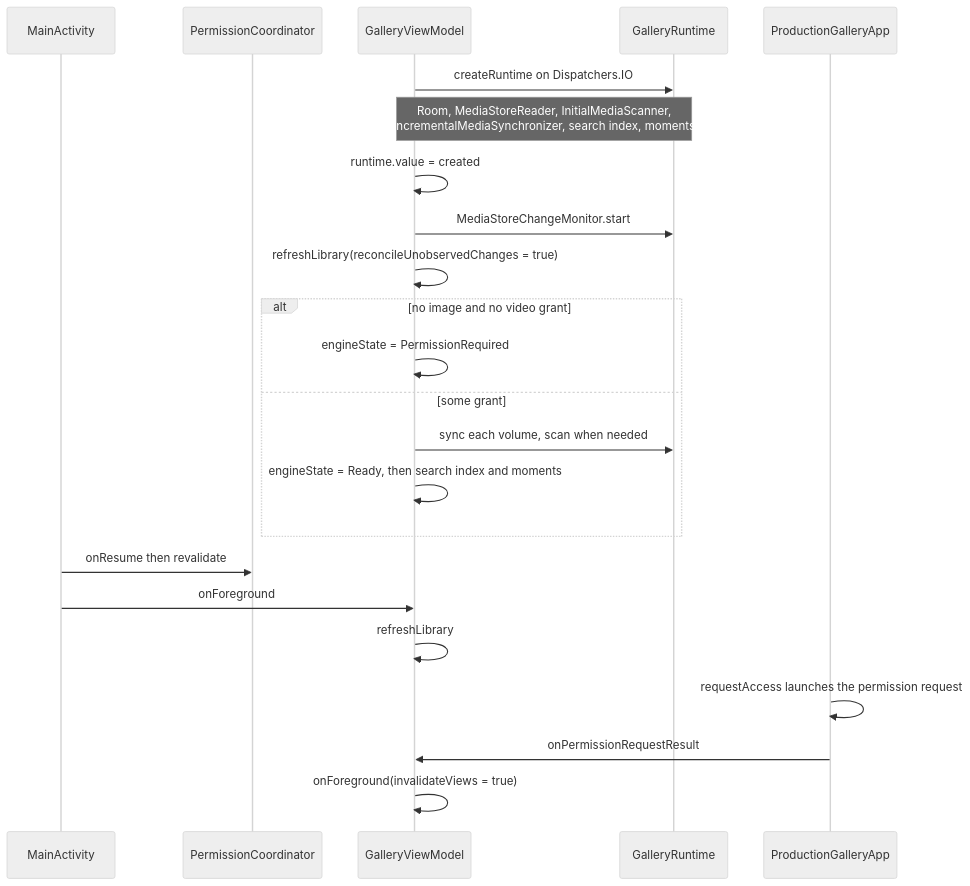
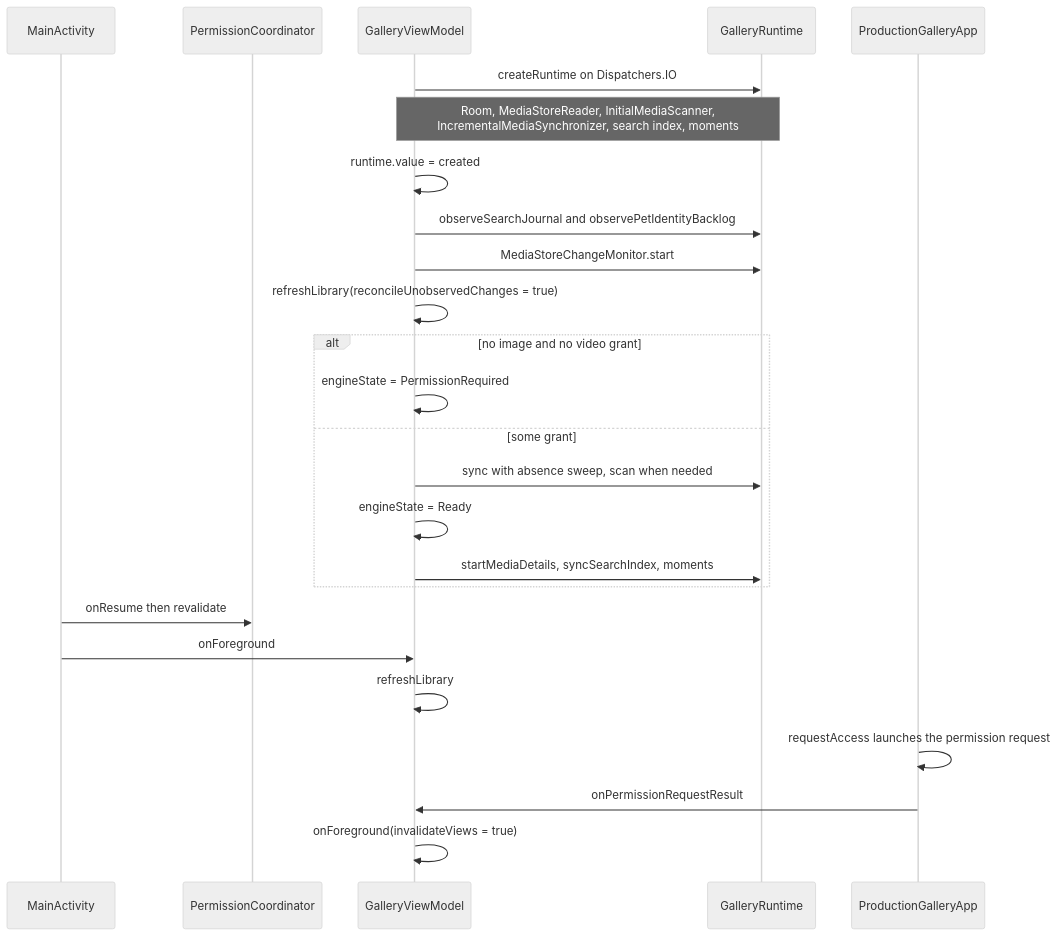
One commit to LibreStatic/lightforge changed the third of 3 diagrams in docs/flows/app-startup.md. Above: the diagram before and after it, drawn with Mermaid (neutral theme). The commit also changed other lines of this file and 20 other files, not shown here.

First line of the commit message:
docs(adr): amend ADRs to match the code and refresh sync flows

````diff
--- a/docs/flows/app-startup.md
+++ b/docs/flows/app-startup.md
@@ -80,25 +85,27 @@
 ```mermaid
 sequenceDiagram
     participant Act as MainActivity
     participant PC as PermissionCoordinator
     participant VM as GalleryViewModel
     participant RT as GalleryRuntime
     participant UI as ProductionGalleryApp
     VM->>RT: createRuntime on Dispatchers.IO
     Note over VM,RT: Room, MediaStoreReader, InitialMediaScanner,<br/>IncrementalMediaSynchronizer, search index, moments
     VM->>VM: runtime.value = created
+    VM->>RT: observeSearchJournal and observePetIdentityBacklog
     VM->>RT: MediaStoreChangeMonitor.start
     VM->>VM: refreshLibrary(reconcileUnobservedChanges = true)
     alt no image and no video grant
         VM->>VM: engineState = PermissionRequired
     else some grant
-        VM->>RT: sync each volume, scan when needed
-        VM->>VM: engineState = Ready, then search index and moments
+        VM->>RT: sync with absence sweep, scan when needed
+        VM->>VM: engineState = Ready
+        VM->>RT: startMediaDetails, syncSearchIndex, moments
     end
     Act->>PC: onResume then revalidate
     Act->>VM: onForeground
     VM->>VM: refreshLibrary
     UI->>UI: requestAccess launches the permission request
     UI->>VM: onPermissionRequestResult
     VM->>VM: onForeground(invalidateViews = true)
 ```
````
